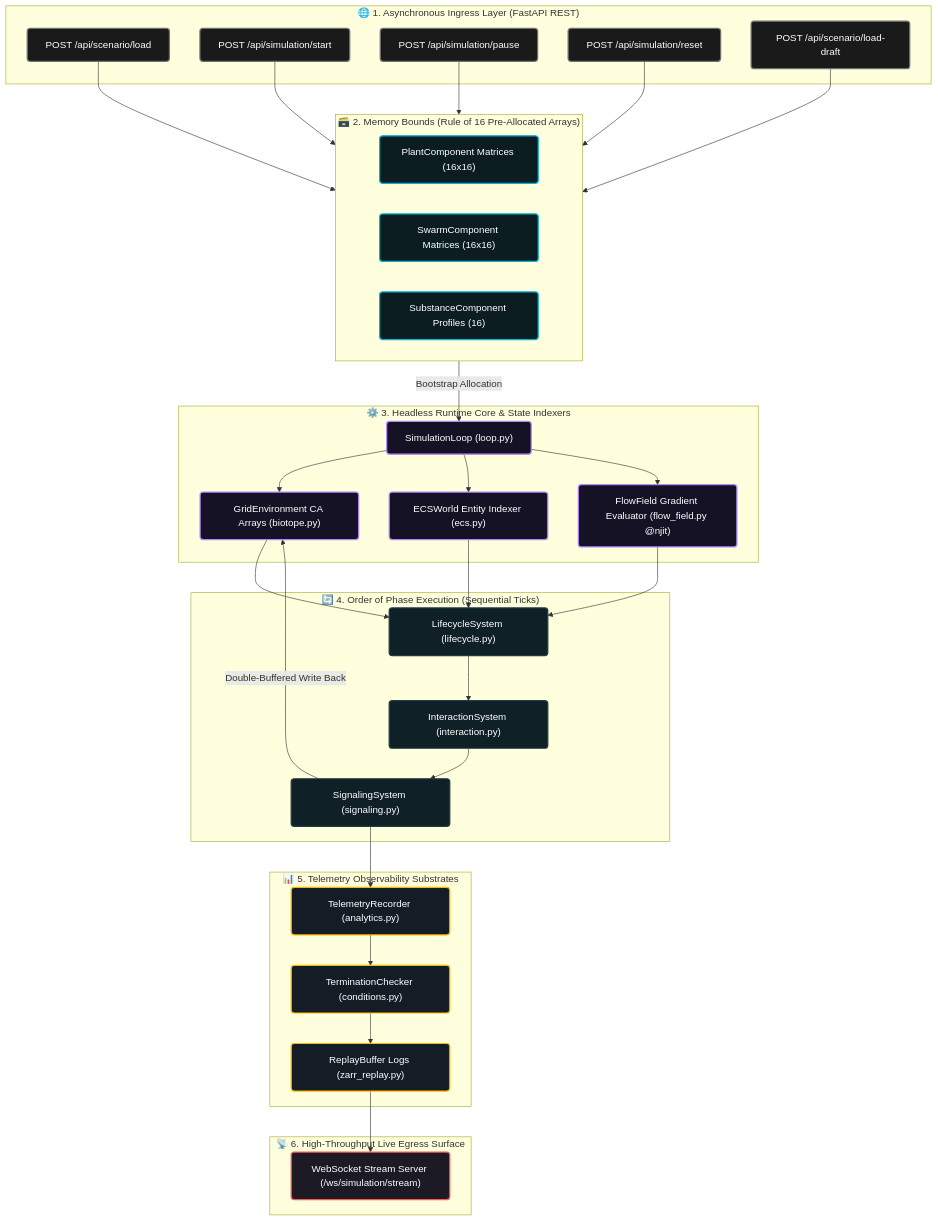
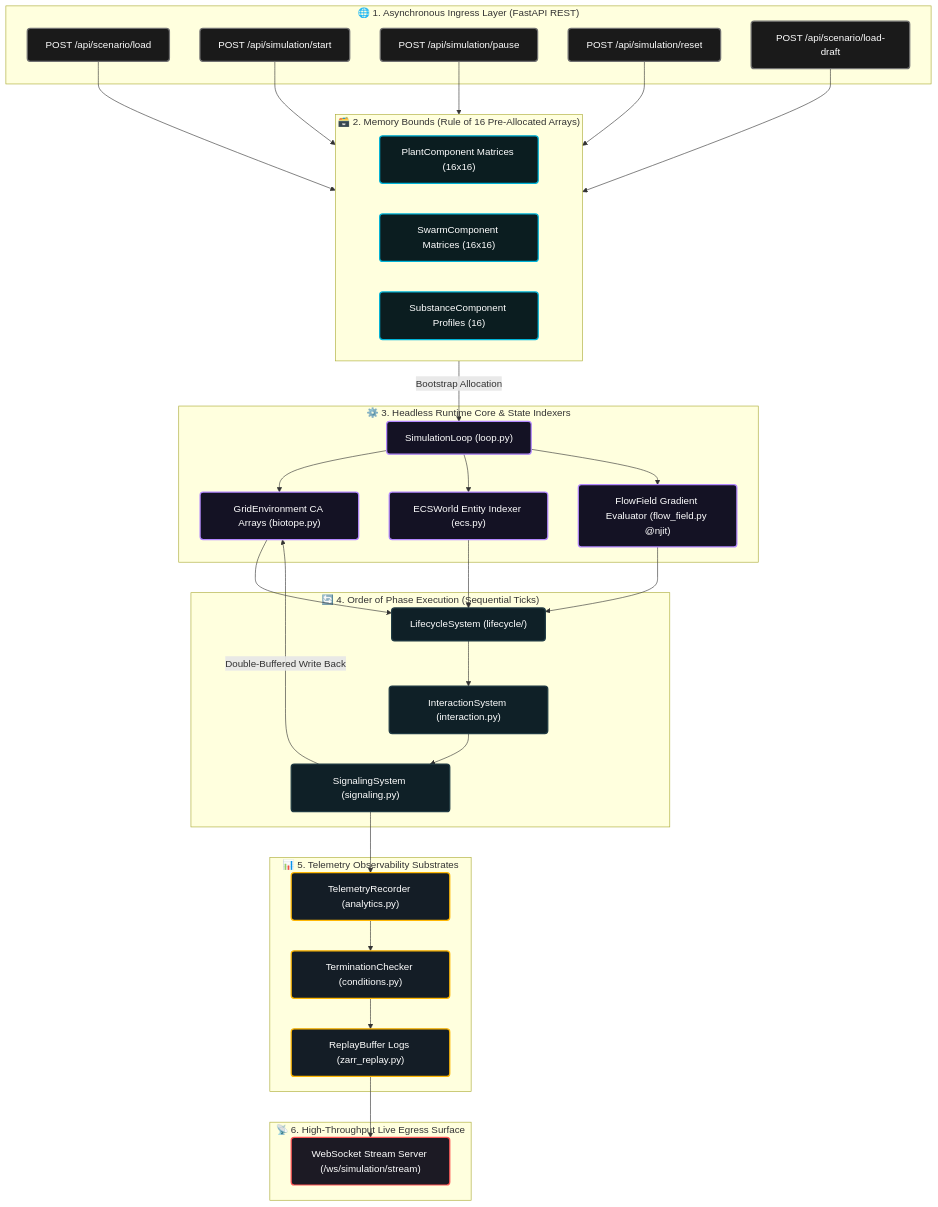
The third of 3 diagrams in docs/technical_architecture/system_architecture.md (foersben/PHIDS), drawn with Mermaid before and after one commit. The commit also changed other lines of this file and 7 other files, not shown here.

````diff
--- a/docs/technical_architecture/system_architecture.md
+++ b/docs/technical_architecture/system_architecture.md
@@ -147,75 +147,75 @@
 ```mermaid
 flowchart TD
     %% Style Definitions
     classDef ingressLayer fill:#1a1a1a,stroke:#707070,stroke-width:2px,color:#ffffff,rx:5px,ry:5px;
     classDef dataRegistry fill:#0b1d20,stroke:#00b4d8,stroke-width:2px,color:#ffffff,rx:5px,ry:5px;
     classDef coreEngine fill:#141224,stroke:#b388ff,stroke-width:2px,color:#ffffff,rx:5px,ry:5px;
     classDef pipelineSys fill:#0f2027,stroke:#203a43,stroke-width:2px,color:#ffffff,rx:5px,ry:5px;
     classDef storageTelemetry fill:#141d26,stroke:#ffb703,stroke-width:2px,color:#ffffff,rx:5px,ry:5px;
     classDef egressLayer fill:#1c1a24,stroke:#ff5555,stroke-width:2px,color:#ffffff,rx:5px,ry:5px;
 
     %% 1. Ingress Layer
     subgraph Ingress_Layer ["🌐 1. Asynchronous Ingress Layer (FastAPI REST)"]
         A1["POST /api/scenario/load"]
         A2["POST /api/simulation/start"]
         A3["POST /api/simulation/pause"]
         A4["POST /api/simulation/reset"]
         A5["POST /api/scenario/load-draft"]
     end
 
     %% 2. System Pre-Allocation Bounds (Rule of 16)
     subgraph Component_Registry ["🗃️ 2. Memory Bounds (Rule of 16 Pre-Allocated Arrays)"]
         PC["PlantComponent Matrices (16x16)"]
         SC["SwarmComponent Matrices (16x16)"]
         SUB["SubstanceComponent Profiles (16)"]
     end
 
     %% 3. Engine Core
     subgraph Engine_Core ["⚙️ 3. Headless Runtime Core & State Indexers"]
         L["SimulationLoop (loop.py)"]
         BIO["GridEnvironment CA Arrays (biotope.py)"]
         ECS["ECSWorld Entity Indexer (ecs.py)"]
         FF["FlowField Gradient Evaluator (flow_field.py @njit)"]
     end
 
     %% 4. Execution Pipeline Sequence
     subgraph Pipeline_Systems ["🔄 4. Order of Phase Execution (Sequential Ticks)"]
-        LC["LifecycleSystem (lifecycle.py)"]
+        LC["LifecycleSystem (lifecycle/)"]
         INT["InteractionSystem (interaction.py)"]
         SIG["SignalingSystem (signaling.py)"]
         
         LC --> INT --> SIG
     end
 
     %% 5. Analytics & Checkpointing
     subgraph Data_Analytics ["📊 5. Telemetry Observability Substrates"]
         AN["TelemetryRecorder (analytics.py)"]
         COND["TerminationChecker (conditions.py)"]
         REP["ReplayBuffer Logs (zarr_replay.py)"]
     end
 
     %% 6. Output Egress
     subgraph Egress_Layer ["📡 6. High-Throughput Live Egress Surface"]
         A6["WebSocket Stream Server (/ws/simulation/stream)"]
     end
 
     %% Straight Vertical Pipeline Flows
     A1 & A2 & A3 & A4 & A5 --> Component_Registry
     Component_Registry -->|Bootstrap Allocation| L
     
     L --> BIO & ECS & FF
     BIO & ECS & FF --> LC
     
     SIG -->|Double-Buffered Write Back| BIO
     SIG --> AN
     
     AN --> COND --> REP --> A6
 
     %% Style Assignments
     class A1,A2,A3,A4,A5 ingressLayer;
     class PC,SC,SUB dataRegistry;
     class L,BIO,ECS,FF coreEngine;
     class LC,INT,SIG pipelineSys;
     class AN,COND,REP storageTelemetry;
     class A6 egressLayer;
 ```
````
